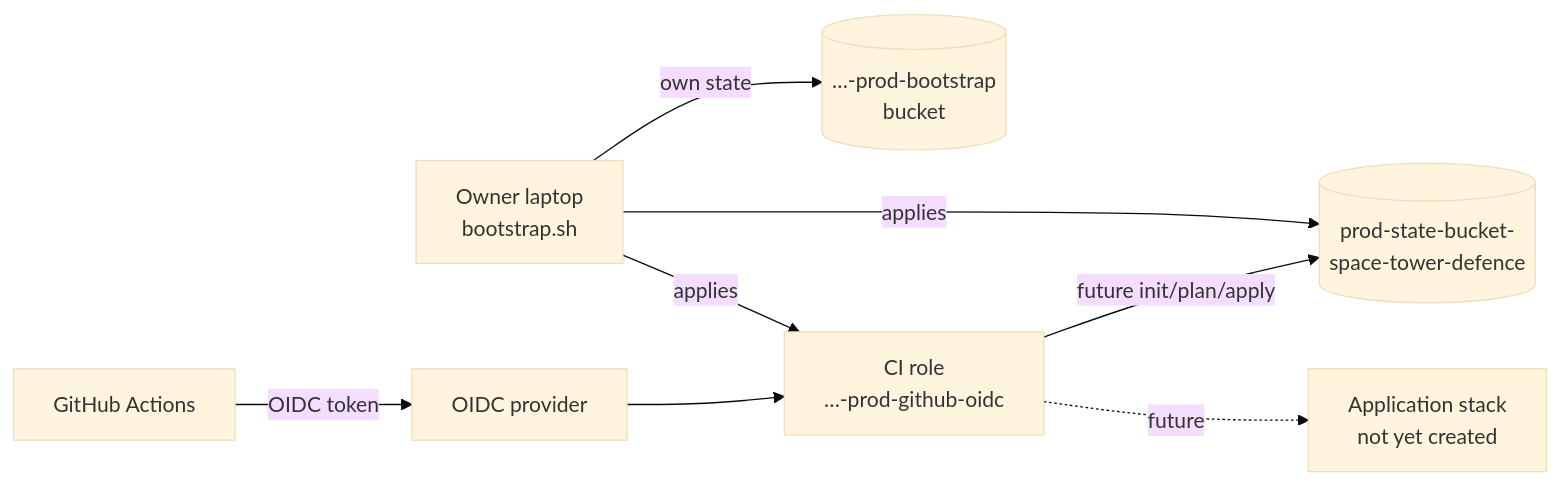
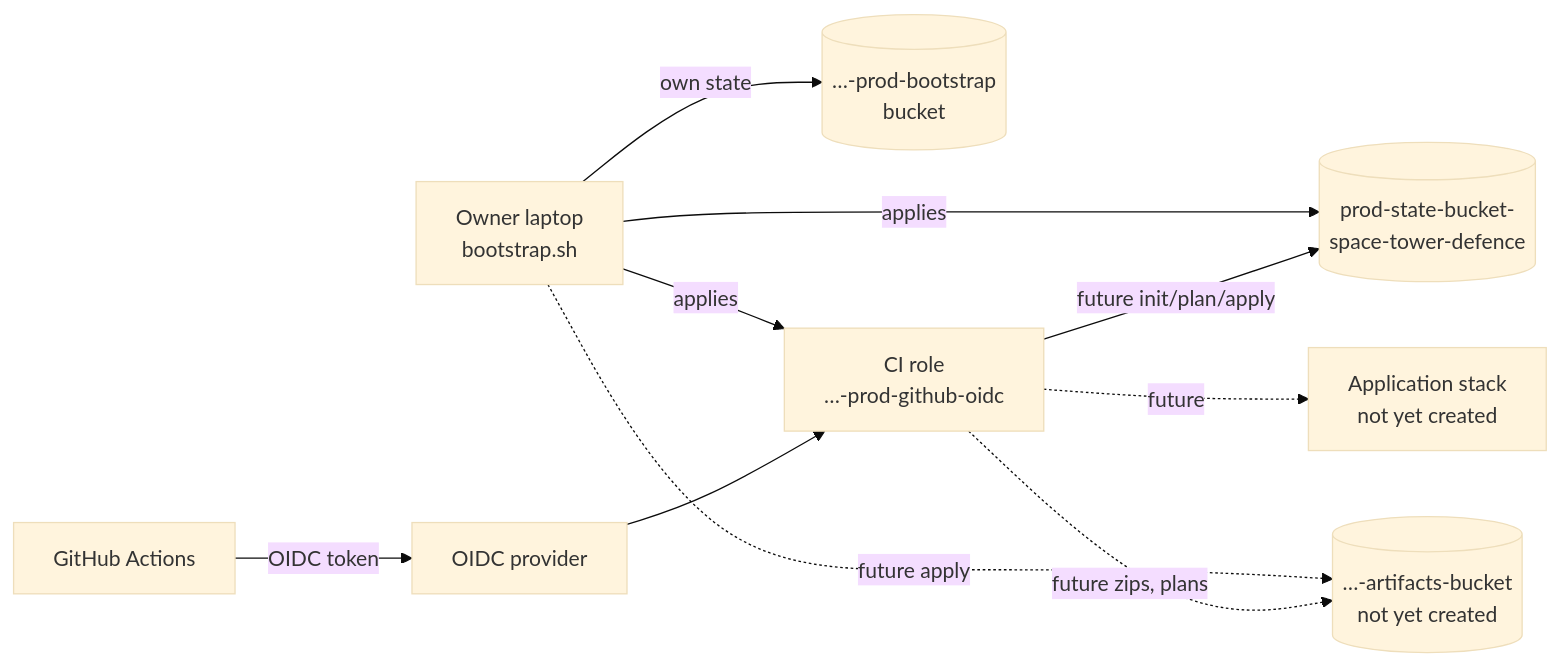
One commit to jacklavelle286/space-tower-defence changed the diagram in docs/plan/A-repository-findings.md. Above: the diagram before and after it, drawn with Mermaid (base theme). The commit also changed other lines of this file and 6 other files, not shown here.

````diff
--- a/docs/plan/A-repository-findings.md
+++ b/docs/plan/A-repository-findings.md
@@ -118,10 +127,12 @@
 ```mermaid
 flowchart LR
   L[Owner laptop<br/>bootstrap.sh] -->|own state| BS[(…-prod-bootstrap<br/>bucket)]
   L -->|applies| R[CI role<br/>…-prod-github-oidc]
   L -->|applies| SB[(prod-state-bucket-<br/>space-tower-defence)]
   GH[GitHub Actions] -->|OIDC token| P[OIDC provider]
   P --> R
   R -->|future init/plan/apply| SB
   R -.->|future| APP[Application stack<br/>not yet created]
+  L -.->|future apply| AB[(…-artifacts-bucket<br/>not yet created)]
+  R -.->|future zips, plans| AB
 ```
````
